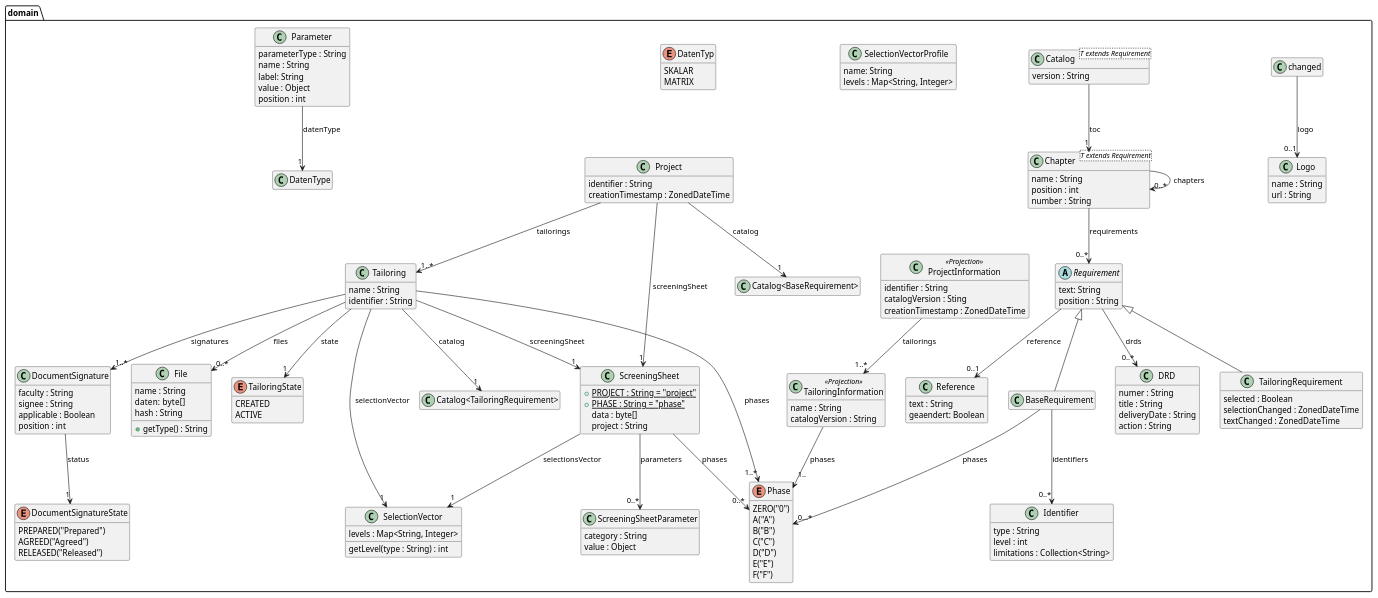
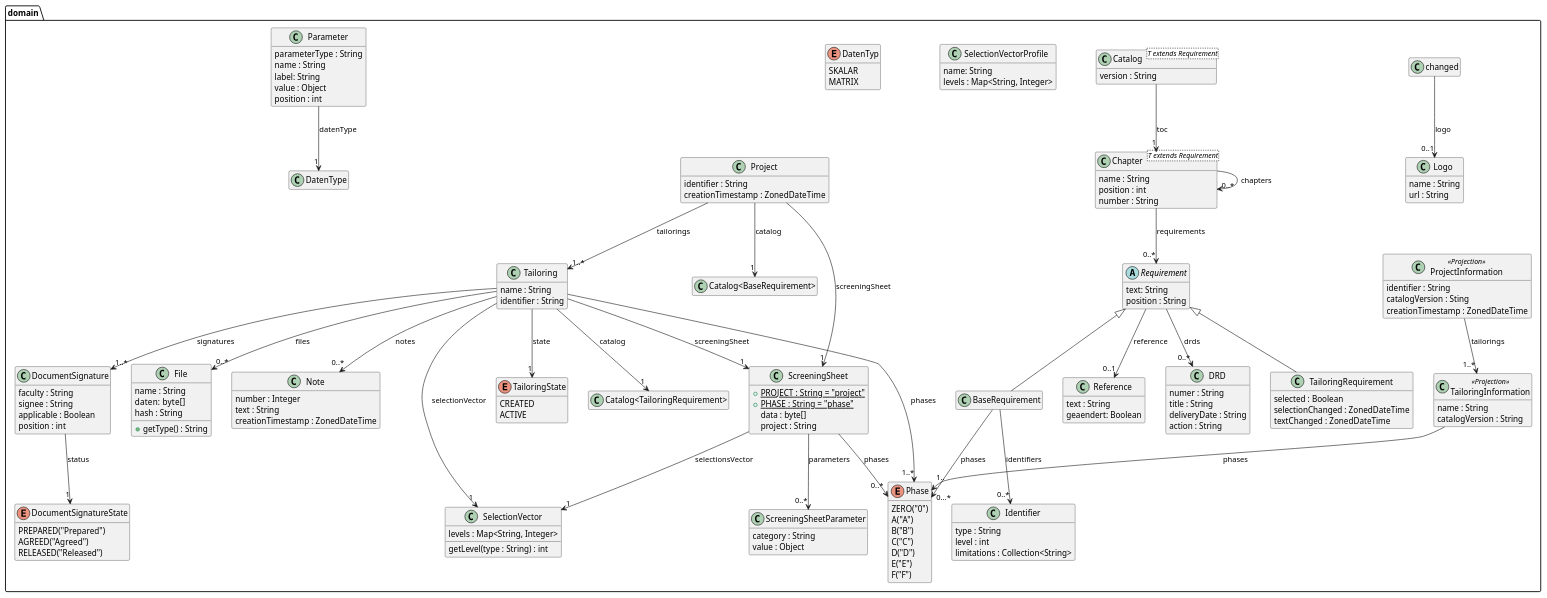
The diagram in src/site/arc42/plantuml/core/domain/Ebene3.plantuml (tailoringexpert/platform), drawn with PlantUML before and after one commit. The commit also changed 51 other files, not shown here.

Commit message:
add list of notes to tailoring

```diff
--- a/src/site/arc42/plantuml/core/domain/Ebene3.plantuml
+++ b/src/site/arc42/plantuml/core/domain/Ebene3.plantuml
@@ -1,174 +1,181 @@
 @startuml Ebene3.png
 skinparam componentStyle uml2
 
 package domain {
 
     class Logo {
         name : String
         url : String
     }
 
     class Reference {
       text : String
       geaendert: Boolean
     }
     changed --> "0..1" Logo : logo
 
     abstract class Requirement{
       text: String
       position : String
     }
     Requirement --> "0..1" Reference : reference
     Requirement --> "0..*" DRD : drds
 
     class DRD {
         numer : String
         title : String
         deliveryDate : String
         action : String
     }
     class Identifier {
         type : String
         level : int
         limitations : Collection<String>
     }
 
     enum Phase {
         ZERO("0")
         A("A")
         B("B")
         C("C")
         D("D")
         E("E")
         F("F")
     }
 
     class BaseRequirement {
     }
     Requirement <|-- BaseRequirement
     BaseRequirement --> "0..*" Identifier : identifiers
     BaseRequirement --> "0...*" Phase : phases
 
 
     class Chapter<T extends Requirement> {
         name : String
         position : int
         number : String
     }
     Chapter --> "0..*" Chapter : chapters
     Chapter --> "0..*" Requirement : requirements
 
     class TailoringRequirement {
         selected : Boolean
         selectionChanged : ZonedDateTime
         textChanged : ZonedDateTime
     }
     Requirement <|-- TailoringRequirement
 
     class Catalog<T extends Requirement> {
         version : String
     }
     Catalog --> "1" Chapter : toc
 
 
     class SelectionVector {
         levels : Map<String, Integer>
         getLevel(type : String) : int
     }
 
     class SelectionVectorProfile {
         name: String
         levels : Map<String, Integer>
     }
 
     class ScreeningSheet {
         +{static} PROJECT : String = "project"
         +{static} PHASE : String = "phase"
         data : byte[]
         project : String
     }
     ScreeningSheet --> "1" SelectionVector : selectionsVector
     ScreeningSheet -->  "0..*" ScreeningSheetParameter : parameters
     ScreeningSheet -->  "0..*" Phase : phases
 
     class File {
         name : String
         daten:  byte[]
         hash : String
         +getType() : String
     }
 
+    class Note {
+        number : Integer
+        text : String
+        creationTimestamp : ZonedDateTime
+    }
+
     enum TailoringState {
         CREATED
         ACTIVE
     }
 
     class Tailoring {
         name : String
         identifier : String
     }
 
     Tailoring --> "1" SelectionVector : selectionVector
     Tailoring --> "1" ScreeningSheet : screeningSheet
     Tailoring --> "1..*" Phase : phases
     Tailoring --> "1" "Catalog<TailoringRequirement>" : catalog
     Tailoring --> "1" TailoringState : state
     Tailoring --> "0..*" File : files
     Tailoring --> "1..*" DocumentSignature : signatures
+    Tailoring --> "0..*" Note : notes
 
     class Project {
         identifier : String
         creationTimestamp : ZonedDateTime
     }
     Project --> "1..*" Tailoring : tailorings
     Project --> "1" ScreeningSheet : screeningSheet
     Project --> "1" "Catalog<BaseRequirement>" : catalog
 
     enum DatenTyp {
         SKALAR
         MATRIX
     }
 
     class Parameter {
         parameterType : String
         name : String
         label: String
         value : Object
         position : int
     }
     Parameter --> "1" DatenType : datenType
 
     enum DocumentSignatureState {
         PREPARED("Prepared")
         AGREED("Agreed")
         RELEASED("Released")
     }
 
     class DocumentSignature {
         faculty : String
         signee : String
         applicable : Boolean
         position : int
     }
     DocumentSignature --> "1" DocumentSignatureState : status
 
     class TailoringInformation<<Projection>> {
         name : String
         catalogVersion : String
     }
     TailoringInformation --> "1.." Phase : phases
 
     class ProjectInformation<<Projection>> {
         identifier : String
         catalogVersion : Sting
         creationTimestamp : ZonedDateTime
     }
     ProjectInformation --> "1..*" TailoringInformation : tailorings
 
     class ScreeningSheetParameter {
         category : String
         value : Object
     }
 }
 hide empty members
 @enduml
```
